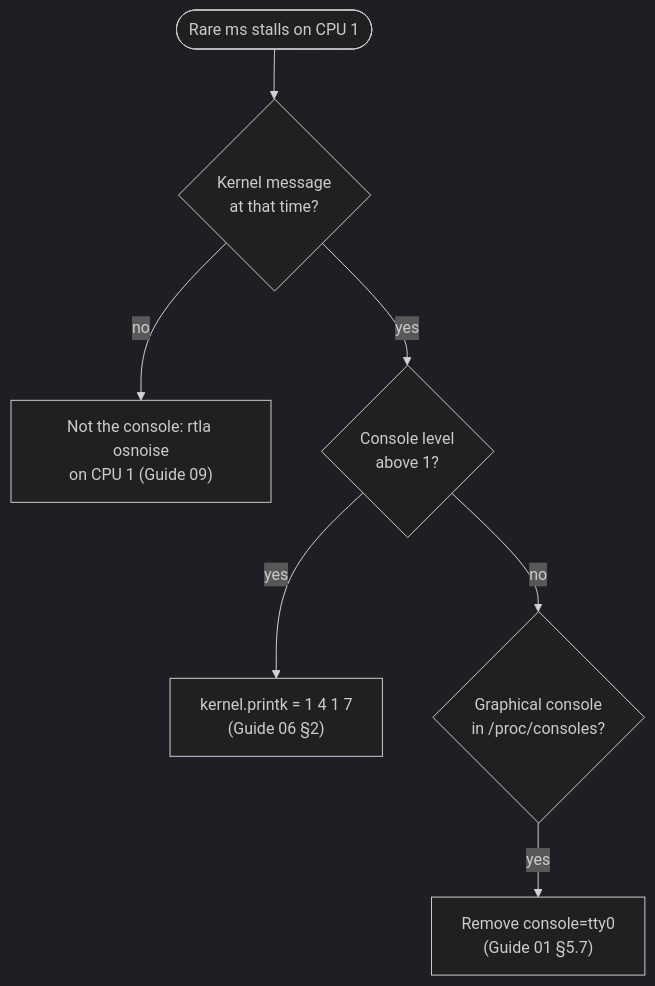
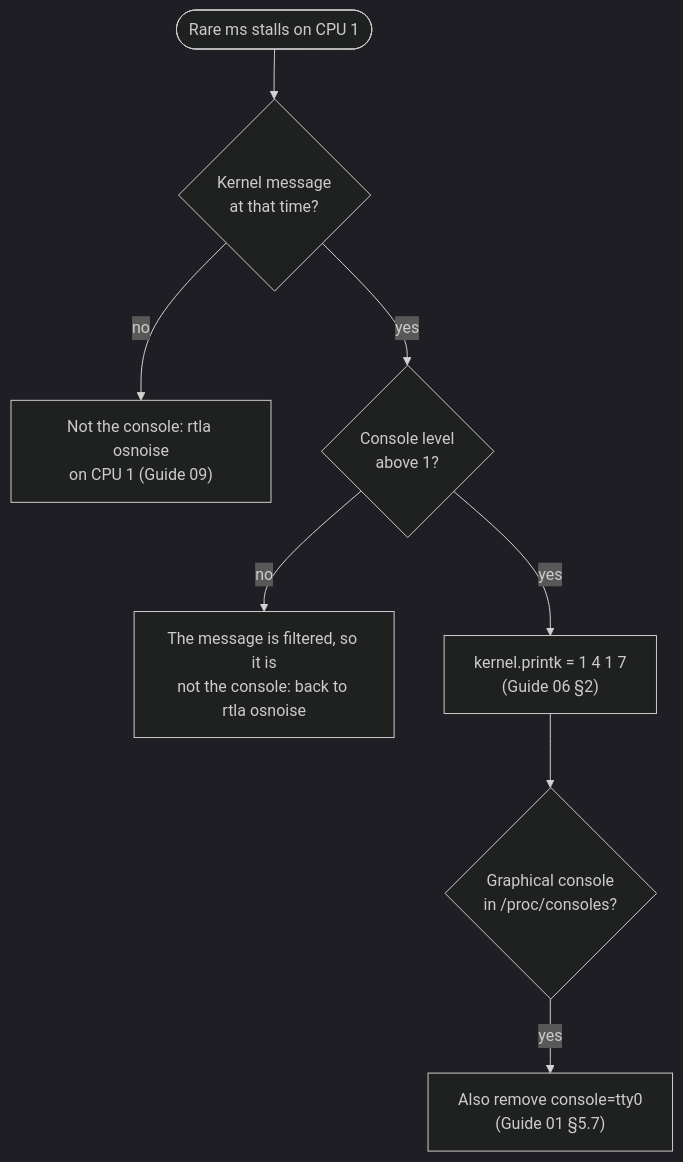
Before and after one commit to vitor-tadashi/mechanical-sympathy: the diagram in examples/use-cases/16-the-log-line-that-cost-five-milliseconds.md, drawn with Mermaid (dark theme). The commit also changed other lines of this file and 4 other files, not shown here.

````diff
--- a/examples/use-cases/16-the-log-line-that-cost-five-milliseconds.md
+++ b/examples/use-cases/16-the-log-line-that-cost-five-milliseconds.md
@@ -32,9 +32,10 @@
 ```mermaid
 flowchart TD
   s(["Rare ms stalls on CPU 1"]) --> q1{"Kernel message<br/>at that time?"}
   q1 -- no --> f1["Not the console: rtla osnoise<br/>on CPU 1 (Guide 09)"]
   q1 -- yes --> q2{"Console level<br/>above 1?"}
+  q2 -- no --> f1b["The message is filtered, so it is<br/>not the console: back to rtla osnoise"]
   q2 -- yes --> f2["kernel.printk = 1 4 1 7<br/>(Guide 06 §2)"]
-  q2 -- no --> q3{"Graphical console<br/>in /proc/consoles?"}
-  q3 -- yes --> f3["Remove console=tty0<br/>(Guide 01 §5.7)"]
+  f2 --> q3{"Graphical console<br/>in /proc/consoles?"}
+  q3 -- yes --> f3["Also remove console=tty0<br/>(Guide 01 §5.7)"]
 ```
````
